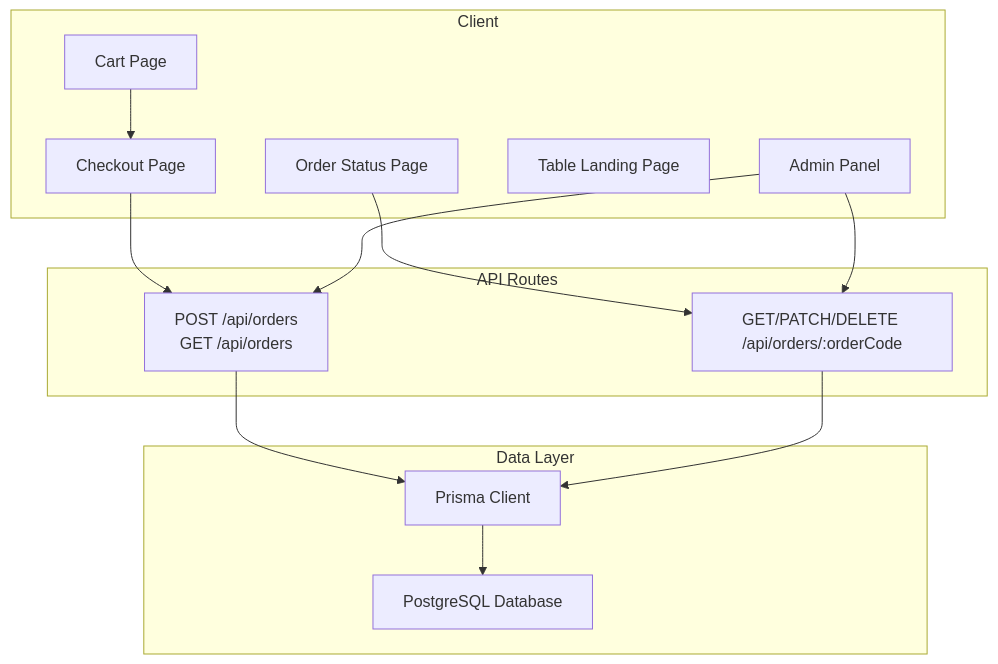
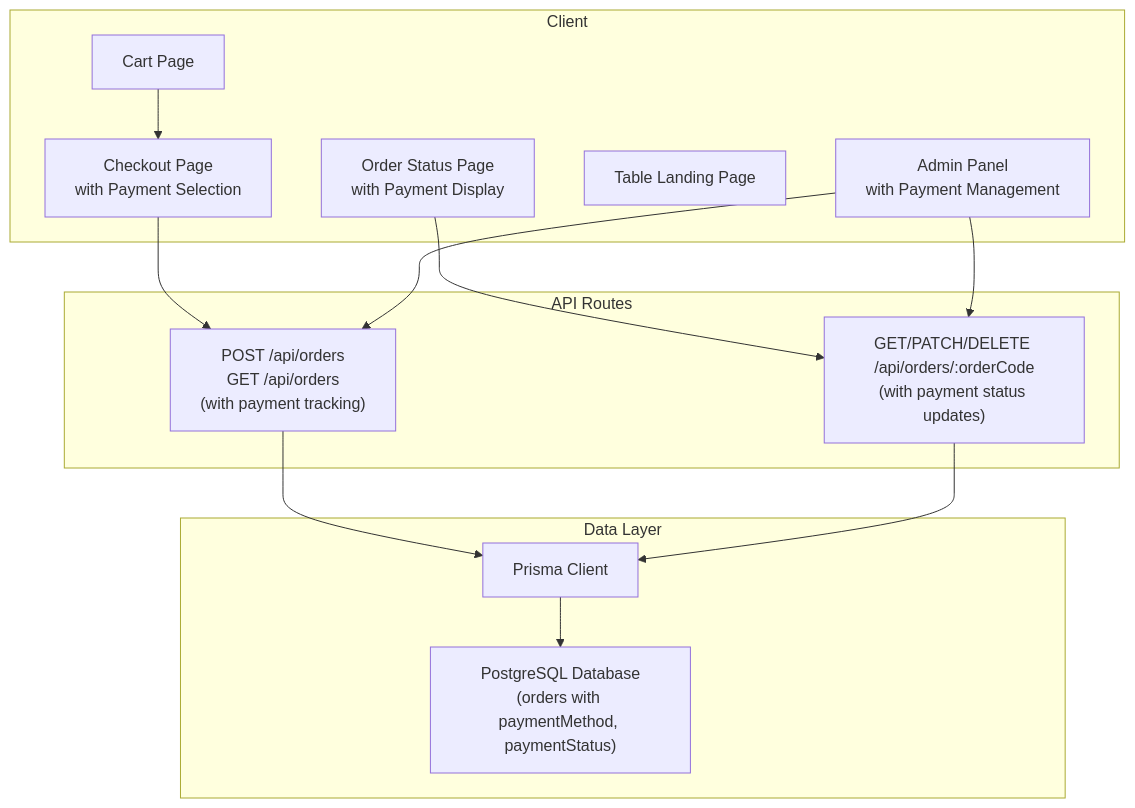
Before and after one commit to Ice-Nao-Eevee/Tera_Work: the first of 10 diagrams in .qoder/repowiki/en/content/Architecture Overview/Backend Architecture/API Layer/Orders API Endpoints.md, drawn with Mermaid. The commit also changed other lines of this file and 55 other files, not shown here.

````diff
--- a/.qoder/repowiki/en/content/Architecture Overview/Backend Architecture/API Layer/Orders API Endpoints.md
+++ b/.qoder/repowiki/en/content/Architecture Overview/Backend Architecture/API Layer/Orders API Endpoints.md
@@ -53,26 +64,26 @@
 ```mermaid
 graph TB
 subgraph "Client"
 Cart["Cart Page"]
-Checkout["Checkout Page"]
-OrderStatus["Order Status Page"]
+Checkout["Checkout Page<br/>with Payment Selection"]
+OrderStatus["Order Status Page<br/>with Payment Display"]
 TableLanding["Table Landing Page"]
-AdminPanel["Admin Panel"]
+AdminPanel["Admin Panel<br/>with Payment Management"]
 end
 subgraph "API Routes"
-OrdersListCreate["POST /api/orders<br/>GET /api/orders"]
-OrdersCRUD["GET/PATCH/DELETE /api/orders/:orderCode"]
+OrdersListCreate["POST /api/orders<br/>GET /api/orders<br/>(with payment tracking)"]
+OrdersCRUD["GET/PATCH/DELETE /api/orders/:orderCode<br/>(with payment status updates)"]
 end
 subgraph "Data Layer"
 Prisma["Prisma Client"]
-DB["PostgreSQL Database"]
+DB["PostgreSQL Database<br/>(orders with paymentMethod, paymentStatus)"]
 end
 Cart --> Checkout
 Checkout --> OrdersListCreate
 OrderStatus --> OrdersCRUD
 AdminPanel --> OrdersListCreate
 AdminPanel --> OrdersCRUD
 OrdersListCreate --> Prisma
 OrdersCRUD --> Prisma
 Prisma --> DB
 ```
````
